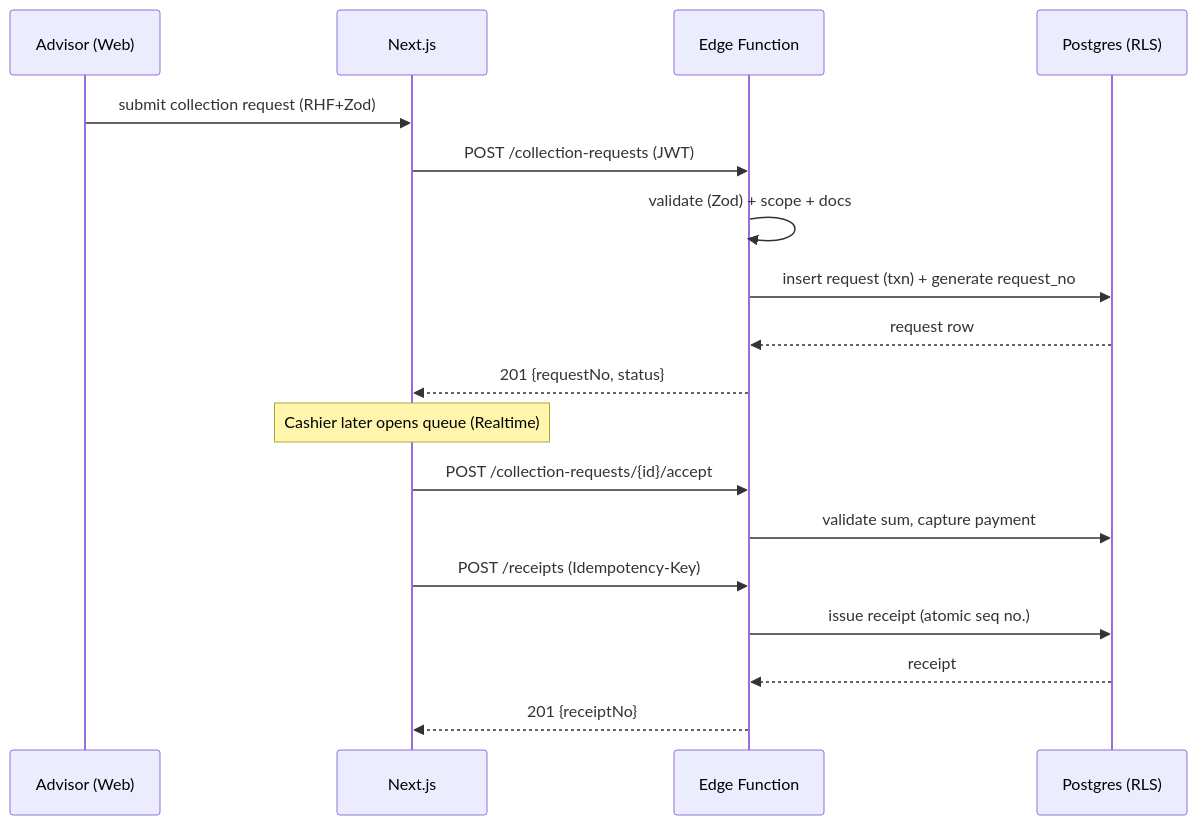
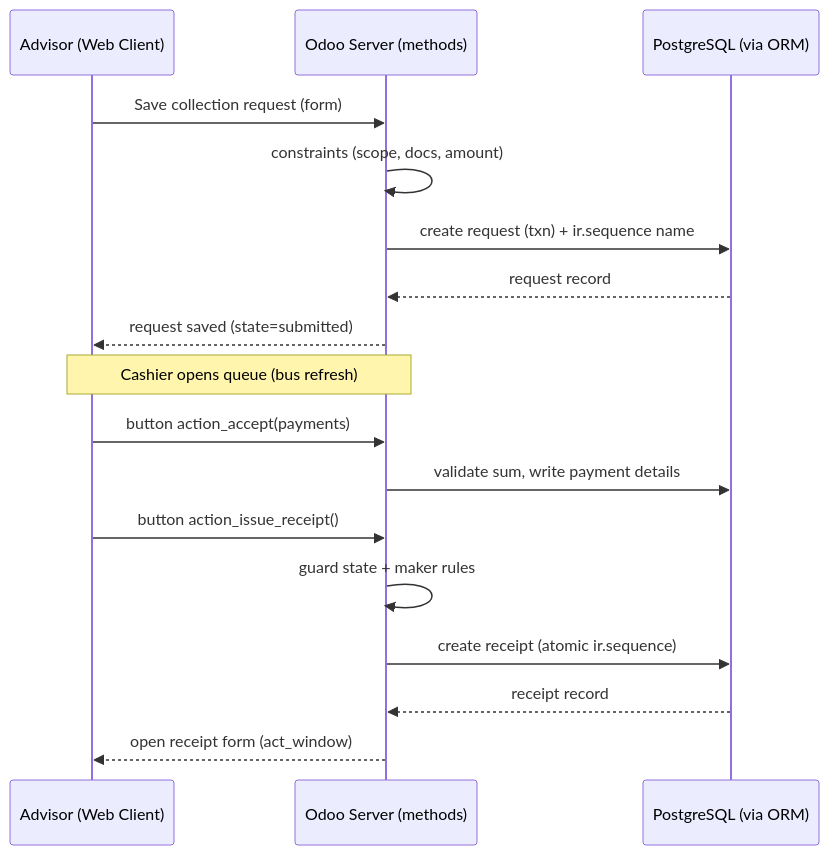
Before and after one commit to arunideen/branch-cash-management-system-odoo: the diagram in docs/APIDesign.md, drawn with Mermaid. The commit also changed other lines of this file and 53 other files, not shown here.

````diff
--- a/docs/APIDesign.md
+++ b/docs/APIDesign.md
@@ -290,20 +234,19 @@
 ```mermaid
 sequenceDiagram
-    participant A as Advisor (Web)
-    participant N as Next.js
-    participant EF as Edge Function
-    participant DB as Postgres (RLS)
-    A->>N: submit collection request (RHF+Zod)
-    N->>EF: POST /collection-requests (JWT)
-    EF->>EF: validate (Zod) + scope + docs
-    EF->>DB: insert request (txn) + generate request_no
-    DB-->>EF: request row
-    EF-->>N: 201 {requestNo, status}
-    Note over N: Cashier later opens queue (Realtime)
-    N->>EF: POST /collection-requests/{id}/accept
-    EF->>DB: validate sum, capture payment
-    N->>EF: POST /receipts (Idempotency-Key)
-    EF->>DB: issue receipt (atomic seq no.)
-    DB-->>EF: receipt
-    EF-->>N: 201 {receiptNo}
+    participant A as Advisor (Web Client)
+    participant S as Odoo Server (methods)
+    participant DB as PostgreSQL (via ORM)
+    A->>S: Save collection request (form)
+    S->>S: constraints (scope, docs, amount)
+    S->>DB: create request (txn) + ir.sequence name
+    DB-->>S: request record
+    S-->>A: request saved (state=submitted)
+    Note over A,S: Cashier opens queue (bus refresh)
+    A->>S: button action_accept(payments)
+    S->>DB: validate sum, write payment details
+    A->>S: button action_issue_receipt()
+    S->>S: guard state + maker rules
+    S->>DB: create receipt (atomic ir.sequence)
+    DB-->>S: receipt record
+    S-->>A: open receipt form (act_window)
 ```
````
